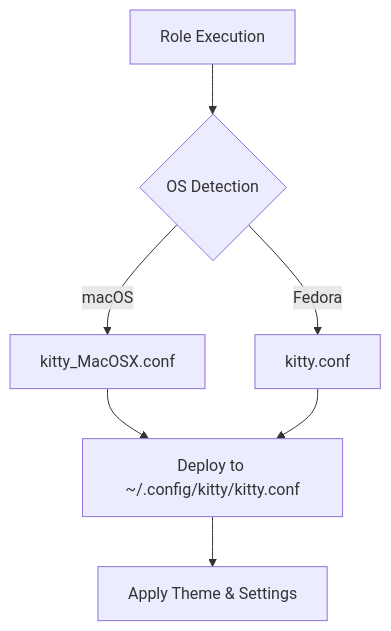
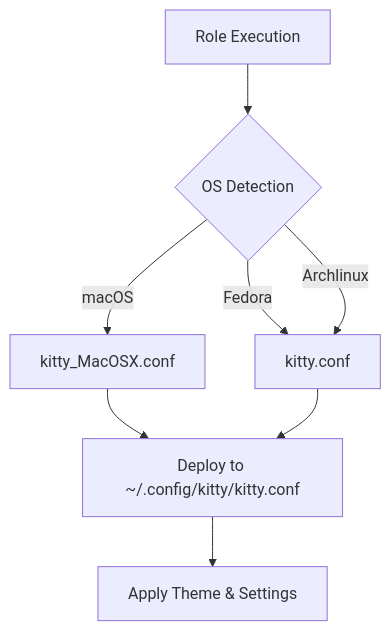
Before and after one commit to uarslandev/infra: the diagram in dotfiles/roles/kitty/README.md, drawn with Mermaid. The commit also changed other lines of this file and 5 other files, not shown here.

````diff
--- a/dotfiles/roles/kitty/README.md
+++ b/dotfiles/roles/kitty/README.md
@@ -23,9 +24,10 @@
 ```mermaid
 flowchart TD
     A[Role Execution] --> B{OS Detection}
     B -->|macOS| C[kitty_MacOSX.conf]
     B -->|Fedora| D[kitty.conf]
+    B -->|Archlinux| D
     C --> E[Deploy to ~/.config/kitty/kitty.conf]
     D --> E
     E --> F[Apply Theme & Settings]
 ```
````
